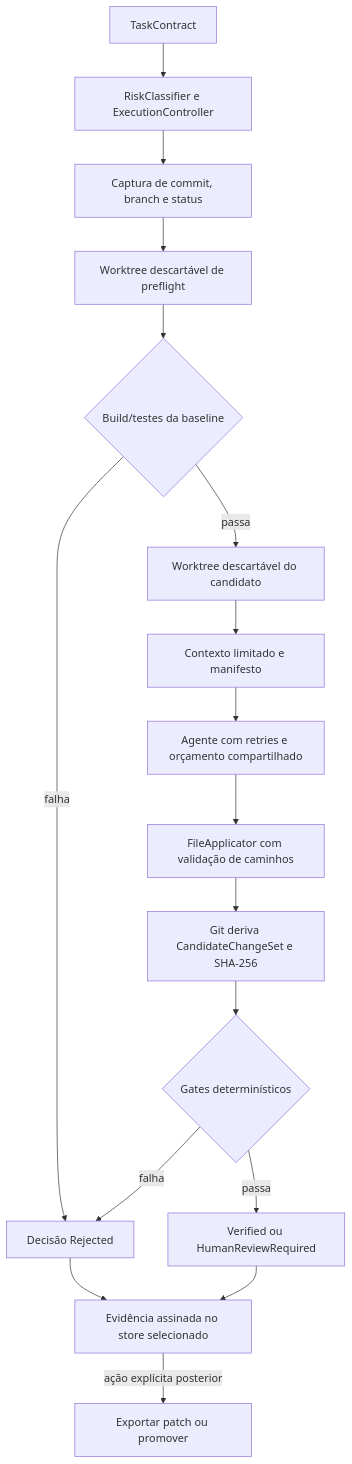
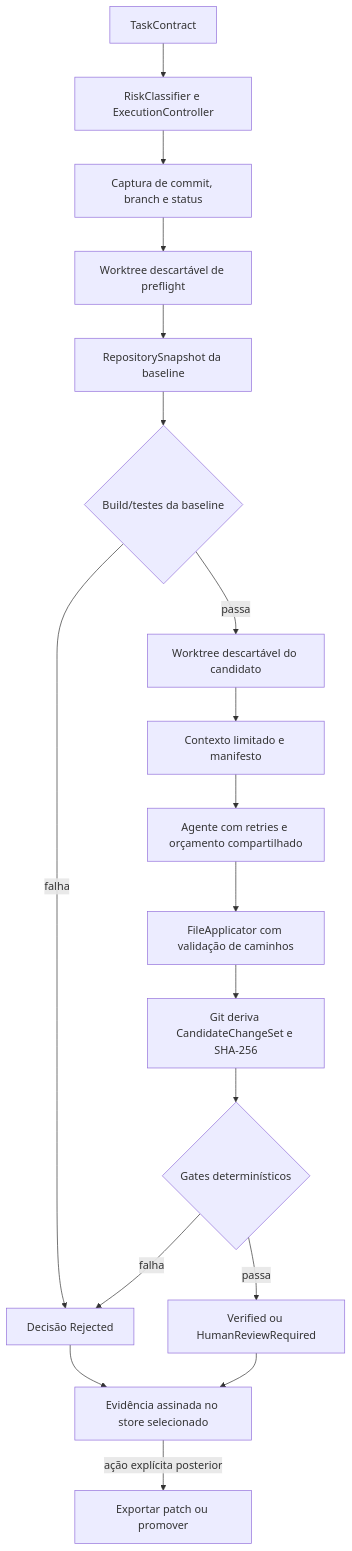
One commit to Fernandorsoul/AECS_FUNDA-O-TECNICA changed the diagram in docs/architecture.md. Above: the diagram before and after it, drawn with Mermaid. The commit also changed other lines of this file and 26 other files, not shown here.

````diff
--- a/docs/architecture.md
+++ b/docs/architecture.md
@@ -16,19 +16,20 @@
 ```mermaid
 flowchart TD
     A[TaskContract] --> B[RiskClassifier e ExecutionController]
     B --> C[Captura de commit, branch e status]
     C --> D[Worktree descartável de preflight]
-    D --> E{Build/testes da baseline}
+    D --> S[RepositorySnapshot da baseline]
+    S --> E{Build/testes da baseline}
     E -->|falha| X[Decisão Rejected]
     E -->|passa| F[Worktree descartável do candidato]
     F --> G[Contexto limitado e manifesto]
     G --> H[Agente com retries e orçamento compartilhado]
     H --> I[FileApplicator com validação de caminhos]
     I --> J[Git deriva CandidateChangeSet e SHA-256]
     J --> K{Gates determinísticos}
     K -->|falha| X
     K -->|passa| L[Verified ou HumanReviewRequired]
     X --> M[Evidência assinada no store selecionado]
     L --> M
     M -->|ação explícita posterior| N[Exportar patch ou promover]
 ```
````
